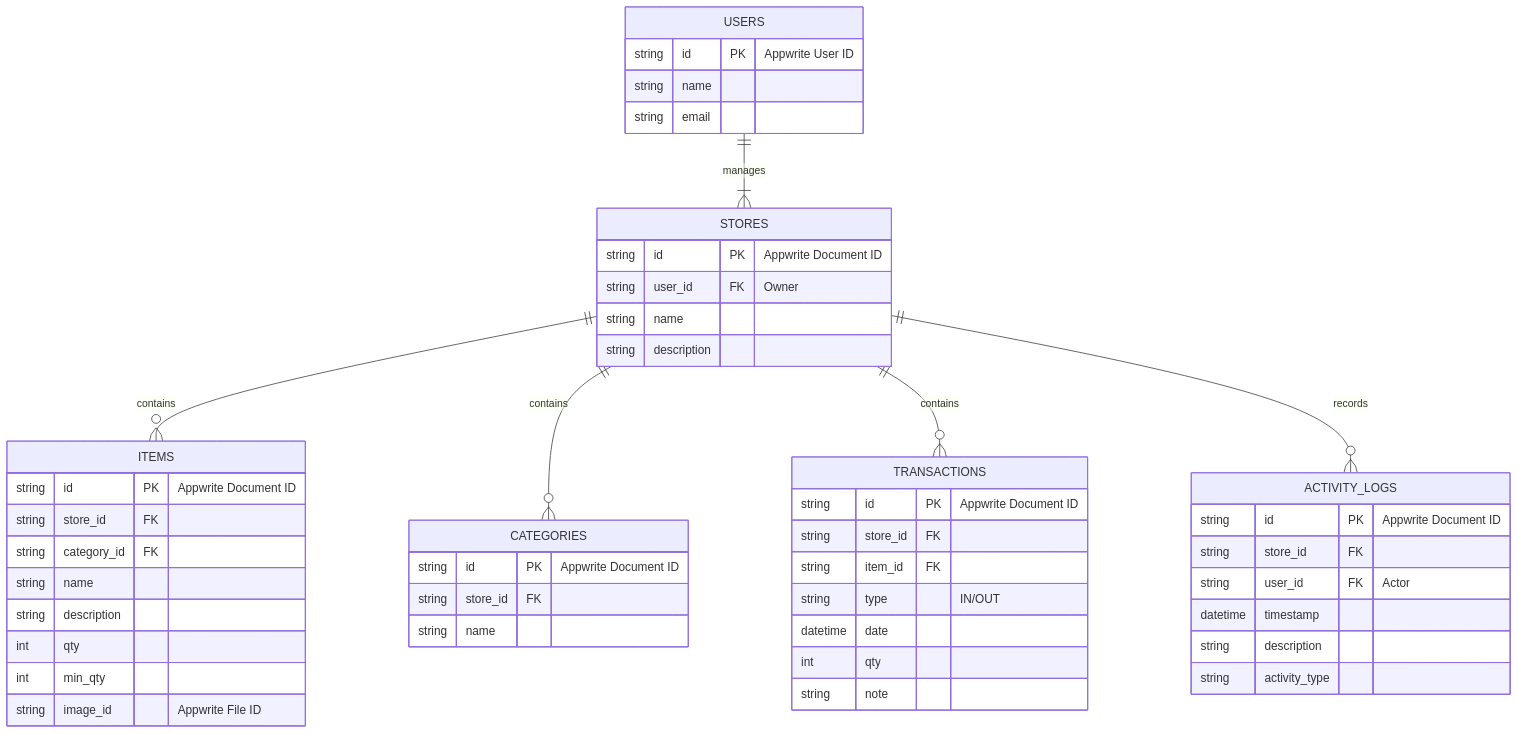
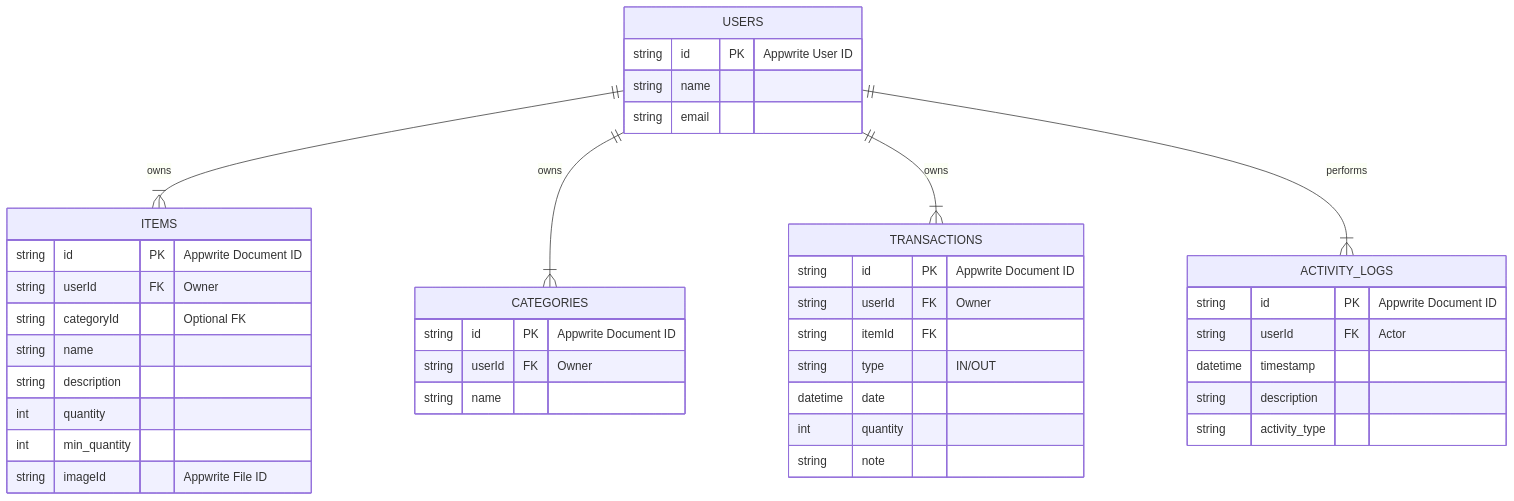
Before and after one commit to azharmlnf/inventory-apps: the diagram in ERD.md, drawn with Mermaid. The commit also changed other lines of this file and 4 other files, not shown here.

````diff
--- a/ERD.md
+++ b/ERD.md
@@ -4,57 +4,48 @@
 ```mermaid
 erDiagram
-    USERS ||--|{ STORES : "manages"
-    STORES ||--o{ ITEMS : "contains"
-    STORES ||--o{ CATEGORIES : "contains"
-    STORES ||--o{ TRANSACTIONS : "contains"
-    STORES ||--o{ ACTIVITY_LOGS : "records"
+    USERS ||--|{ ITEMS : "owns"
+    USERS ||--|{ CATEGORIES : "owns"
+    USERS ||--|{ TRANSACTIONS : "owns"
+    USERS ||--|{ ACTIVITY_LOGS : "performs"
     
     USERS {
         string id PK "Appwrite User ID"
         string name
         string email
     }
 
-    STORES {
+    ITEMS {
         string id PK "Appwrite Document ID"
-        string user_id FK "Owner"
+        string userId FK "Owner"
+        string categoryId "Optional FK"
         string name
         string description
-    }
-
-    ITEMS {
-        string id PK "Appwrite Document ID"
-        string store_id FK
-        string category_id FK
-        string name
-        string description
-        int qty
-        int min_qty
-        string image_id "Appwrite File ID"
+        int quantity
+        int min_quantity
+        string imageId "Appwrite File ID"
     }
 
     CATEGORIES {
         string id PK "Appwrite Document ID"
-        string store_id FK
+        string userId FK "Owner"
         string name
     }
 
     TRANSACTIONS {
         string id PK "Appwrite Document ID"
-        string store_id FK
-        string item_id FK
+        string userId FK "Owner"
+        string itemId FK
         string type "IN/OUT"
         datetime date
-        int qty
+        int quantity
         string note
     }
 
     ACTIVITY_LOGS {
         string id PK "Appwrite Document ID"
-        string store_id FK
-        string user_id FK "Actor"
+        string userId FK "Actor"
         datetime timestamp
         string description
         string activity_type
     }
 ```
````
